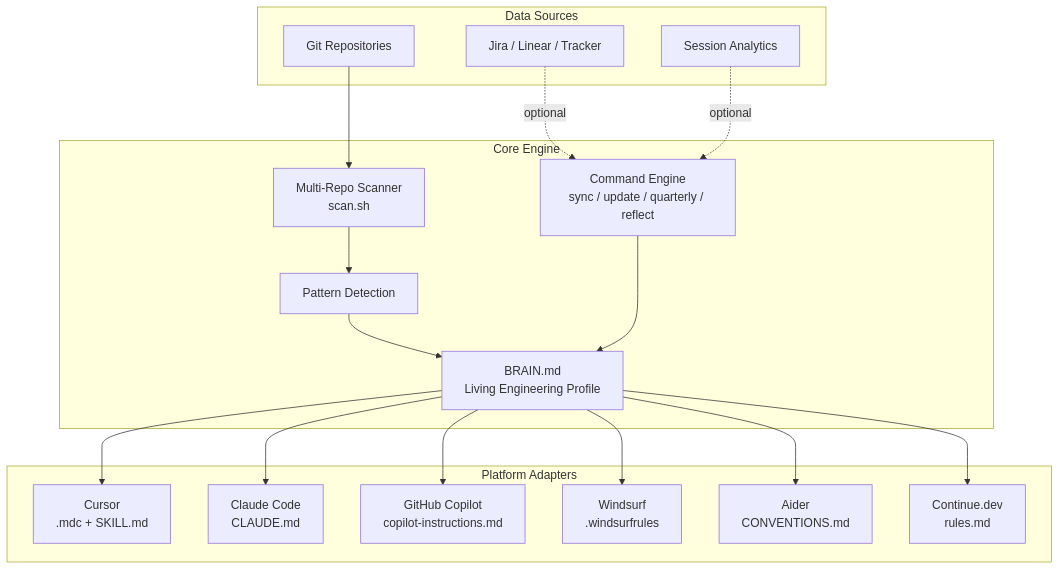
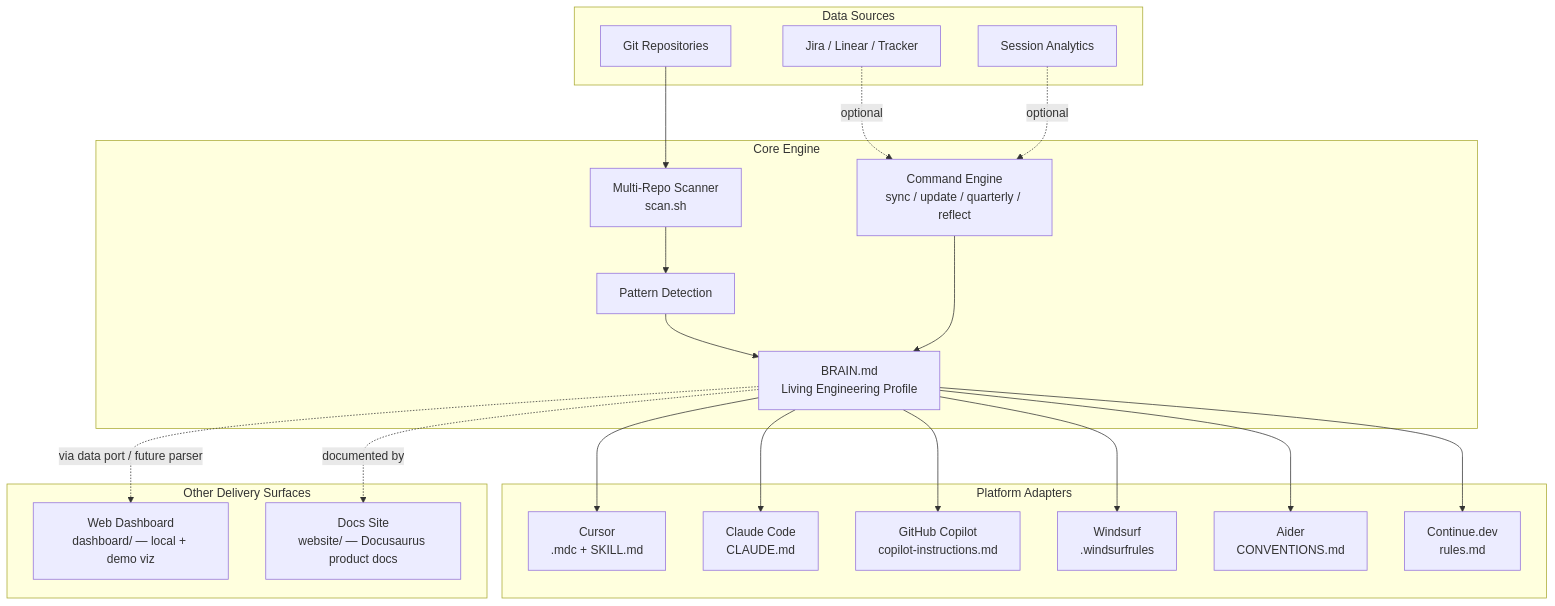
Before and after one commit to Hrithik-Gavankar/brainstack: the first of 6 diagrams in docs/architecture.md, drawn with Mermaid. The commit also changed other lines of this file and 17 other files, not shown here.

First line of the commit message:
chore(dashboard): harden MVP for LTS (data port, docs, CI)

````diff
--- a/docs/architecture.md
+++ b/docs/architecture.md
@@ -9,37 +9,44 @@
 ```mermaid
 flowchart TD
     subgraph Sources["Data Sources"]
         GIT[Git Repositories]
         JIRA[Jira / Linear / Tracker]
         SESS[Session Analytics]
     end
 
     subgraph Core["Core Engine"]
         SCAN[Multi-Repo Scanner<br/>scan.sh]
         PATTERN[Pattern Detection]
         BRAIN[BRAIN.md<br/>Living Engineering Profile]
         CMD[Command Engine<br/>sync / update / quarterly / reflect]
     end
 
     subgraph Adapters["Platform Adapters"]
         CUR[Cursor<br/>.mdc + SKILL.md]
         CLA[Claude Code<br/>CLAUDE.md]
         COP[GitHub Copilot<br/>copilot-instructions.md]
         WIN[Windsurf<br/>.windsurfrules]
         AID[Aider<br/>CONVENTIONS.md]
         CON[Continue.dev<br/>rules.md]
     end
 
+    subgraph Surfaces["Other Delivery Surfaces"]
+        DASH[Web Dashboard<br/>dashboard/ — local + demo viz]
+        DOCS[Docs Site<br/>website/ — Docusaurus product docs]
+    end
+
     GIT --> SCAN
     JIRA -.->|optional| CMD
     SESS -.->|optional| CMD
     SCAN --> PATTERN
     PATTERN --> BRAIN
     CMD --> BRAIN
     BRAIN --> CUR
     BRAIN --> CLA
     BRAIN --> COP
     BRAIN --> WIN
     BRAIN --> AID
     BRAIN --> CON
+    BRAIN -.->|via data port / future parser| DASH
+    BRAIN -.->|documented by| DOCS
 ```
````
